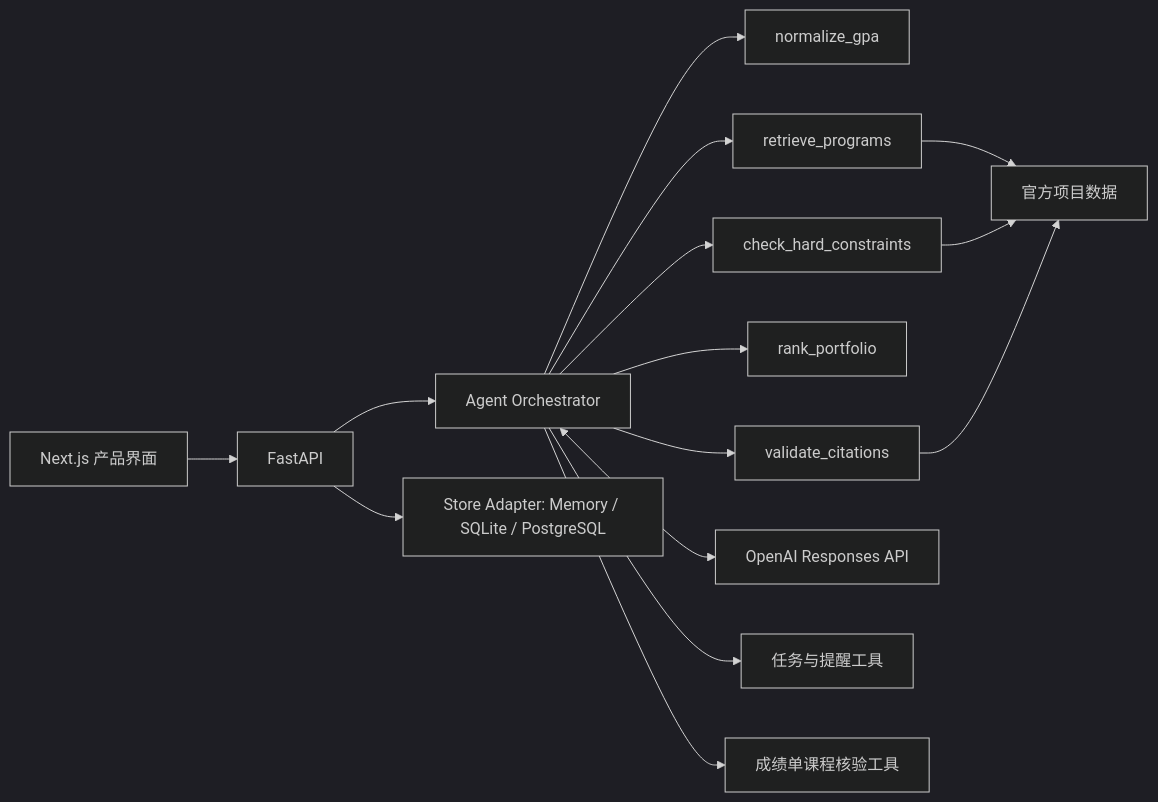
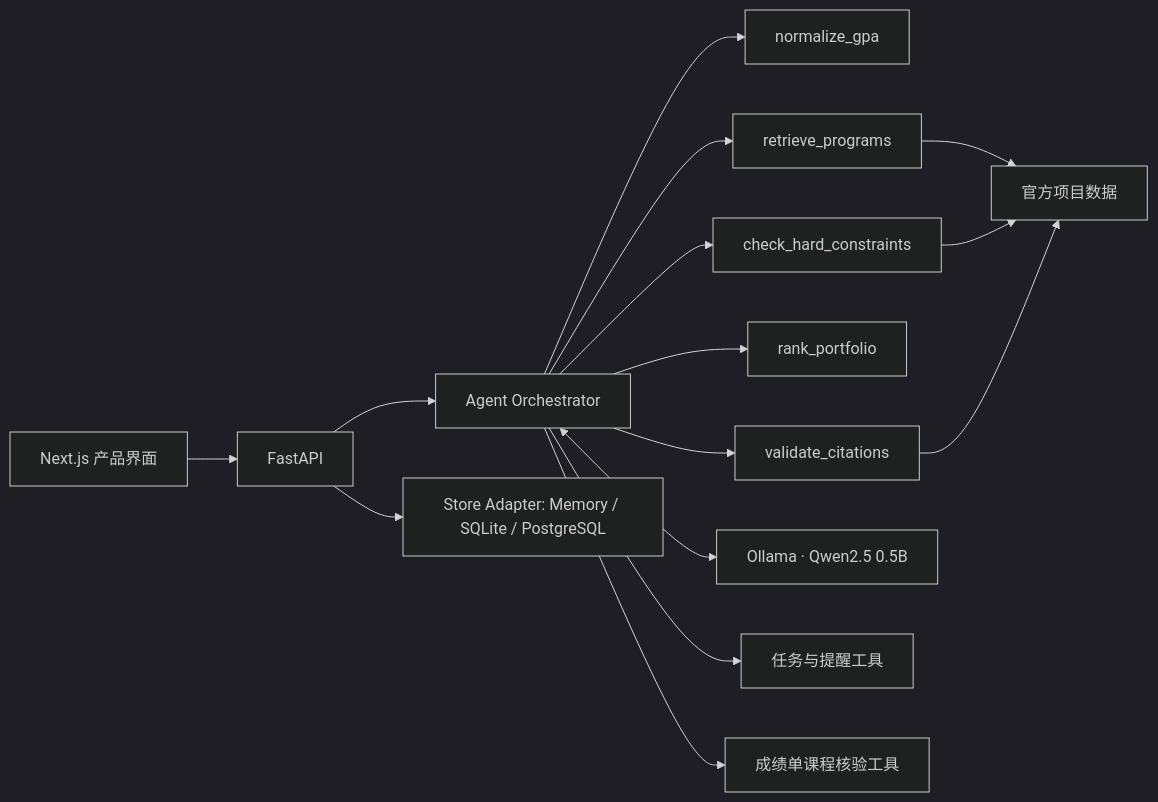
Before and after one commit to MortyYJT/offerpilot: the diagram in README.md, drawn with Mermaid (dark theme). The commit also changed other lines of this file and 14 other files, not shown here.

````diff
--- a/README.md
+++ b/README.md
@@ -24,17 +24,17 @@
 ```mermaid
 flowchart LR
     UI[Next.js 产品界面] --> API[FastAPI]
     API --> ORCH[Agent Orchestrator]
     ORCH --> GPA[normalize_gpa]
     ORCH --> RET[retrieve_programs]
     ORCH --> RULES[check_hard_constraints]
     ORCH --> RANK[rank_portfolio]
     ORCH --> CITE[validate_citations]
     RET --> DATA[官方项目数据]
     RULES --> DATA
     CITE --> DATA
-    ORCH <--> LLM[OpenAI Responses API]
+    ORCH <--> LLM[Ollama · Qwen2.5 0.5B]
     ORCH --> TASKS[任务与提醒工具]
     ORCH --> TRANSCRIPT[成绩单课程核验工具]
     API --> STORE[Store Adapter: Memory / SQLite / PostgreSQL]
 ```
````
